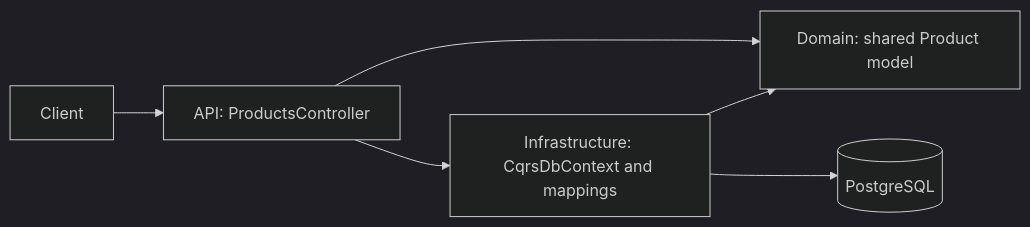
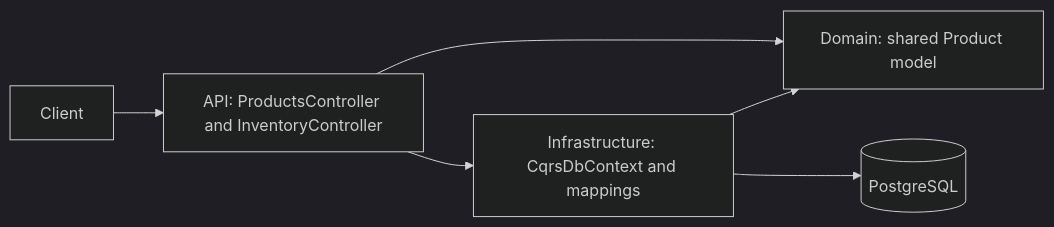
Before and after one commit to Luqa1/Engineering-Playground: the first of 3 diagrams in 06-cqrs/README.md, drawn with Mermaid (dark theme). The commit also changed other lines of this file and 5 other files, not shown here.

````diff
--- a/06-cqrs/README.md
+++ b/06-cqrs/README.md
@@ -37,8 +59,8 @@
 ```mermaid
 flowchart LR
-    Client --> API[API: ProductsController]
+    Client --> API[API: ProductsController and InventoryController]
     API --> Domain[Domain: shared Product model]
     API --> Infrastructure[Infrastructure: CqrsDbContext and mappings]
     Infrastructure --> Domain
     Infrastructure --> PostgreSQL[(PostgreSQL)]
 ```
````
